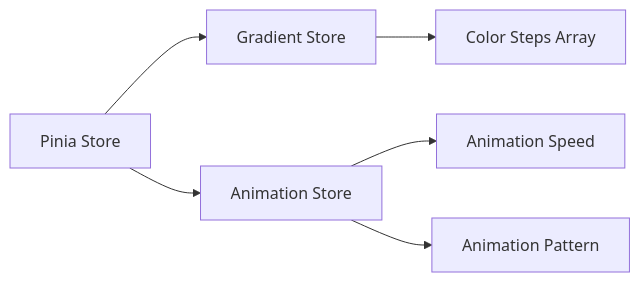
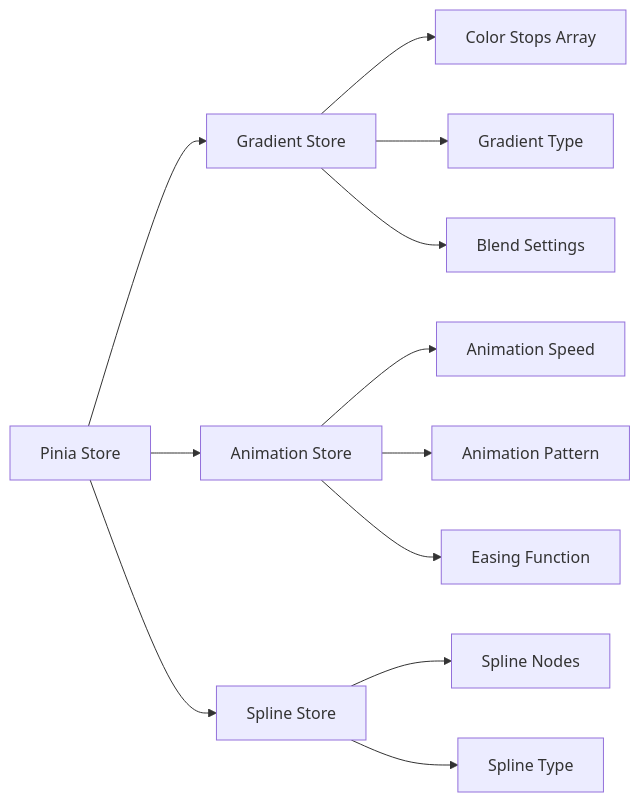
One commit to sjeibmann/Vue-P5js-Gradient-App changed the second of 4 diagrams in cline_docs/systemPatterns.md. Above: the diagram before and after it, drawn with Mermaid. The commit also changed other lines of this file and 3 other files, not shown here.

````diff
--- a/cline_docs/systemPatterns.md
+++ b/cline_docs/systemPatterns.md
@@ -86,9 +96,17 @@
 ```mermaid
 flowchart LR
     Store[Pinia Store] --> GradientStore[Gradient Store]
     Store --> AnimationStore[Animation Store]
+    Store --> SplineStore[Spline Store]
     
-    GradientStore --> ColorSteps[Color Steps Array]
+    GradientStore --> ColorStops[Color Stops Array]
+    GradientStore --> GradientType[Gradient Type]
+    GradientStore --> BlendSettings[Blend Settings]
+    
     AnimationStore --> Speed[Animation Speed]
     AnimationStore --> Pattern[Animation Pattern]
+    AnimationStore --> Easing[Easing Function]
+    
+    SplineStore --> Nodes[Spline Nodes]
+    SplineStore --> SplineType[Spline Type]
 ```
````
